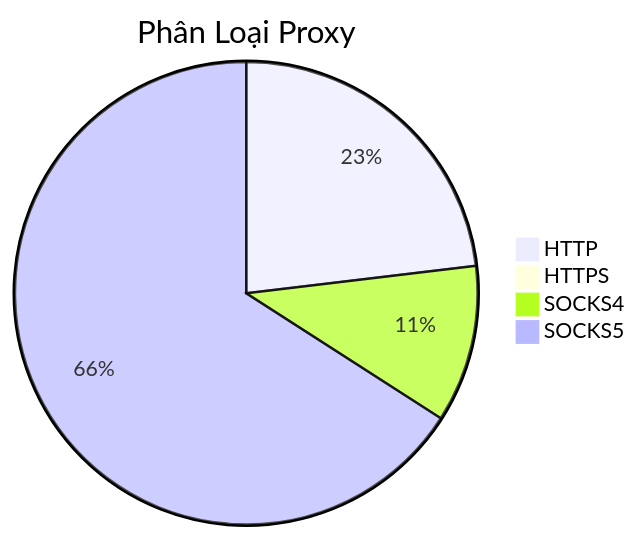
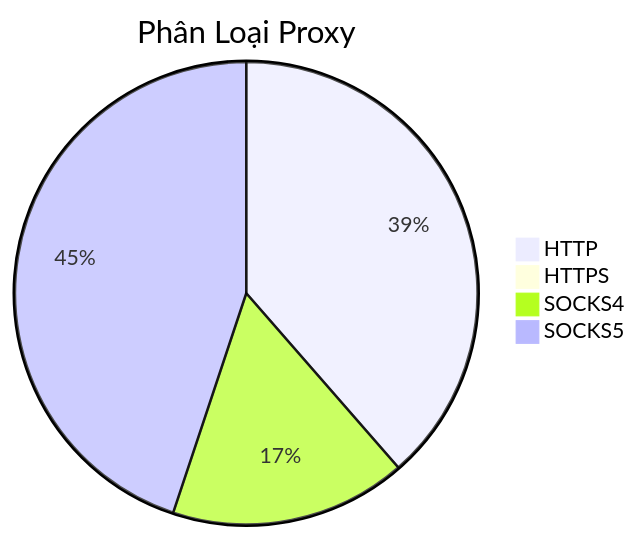
Before and after one commit to Ciara-12/PROXY-free: the diagram in README.md, drawn with Mermaid. The commit also changed other lines of this file and 4 other files, not shown here.

````diff
--- a/README.md
+++ b/README.md
@@ -26,7 +26,7 @@
 ```mermaid
 pie title Phân Loại Proxy
-    "HTTP" : 764
-    "HTTPS" : 0
-    "SOCKS4" : 363
-    "SOCKS5" : 2179
+    "HTTP" : 833
+    "HTTPS" : 1
+    "SOCKS4" : 357
+    "SOCKS5" : 969
 ```
````
